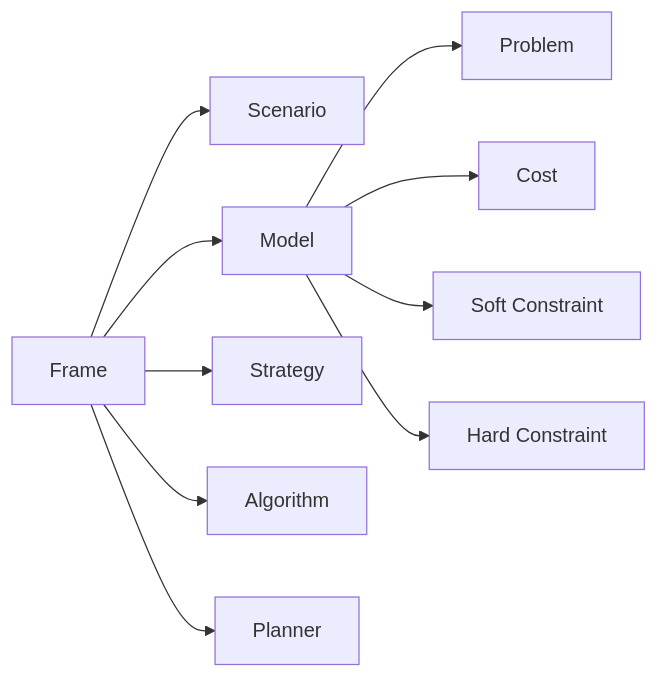
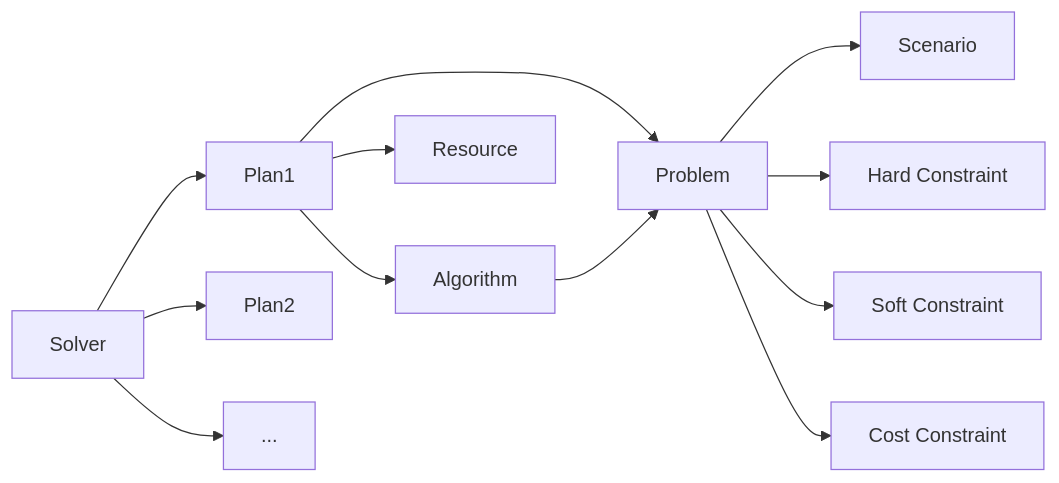
The diagram in docs/framework.md (Hug7/yun), drawn with Mermaid before and after one commit. The commit also changed other lines of this file and 147 other files, not shown here.

````diff
--- a/docs/framework.md
+++ b/docs/framework.md
@@ -2,13 +5,27 @@
 ```mermaid
 graph LR
-frame[Frame] --> scenario[Scenario]
-frame --> model[Model]
-model --> problem[Problem]
-model --> cost[Cost]
-model --> soft_constraint[Soft Constraint]
-model --> hard_constraint[Hard Constraint]
-frame --> strategy[Strategy]
-frame --> algorithm[Algorithm]
-frame --> planner[Planner]
+solver[Solver]
+algorithm[Algorithm]
+plan[Plan1]
+plan_m1[Plan2]
+plan_mN[...]
+problem[Problem]
+scenario[Scenario]
+resource[Resource]
+hard_constr[Hard Constraint]
+soft_constr[Soft Constraint]
+cost_constr[Cost Constraint]
+
+solver --> plan
+solver --> plan_m1
+solver --> plan_mN
+plan --> algorithm
+plan --> problem
+plan --> resource
+algorithm --> problem
+problem --> scenario
+problem --> hard_constr
+problem --> soft_constr
+problem --> cost_constr
 
 ```
````
